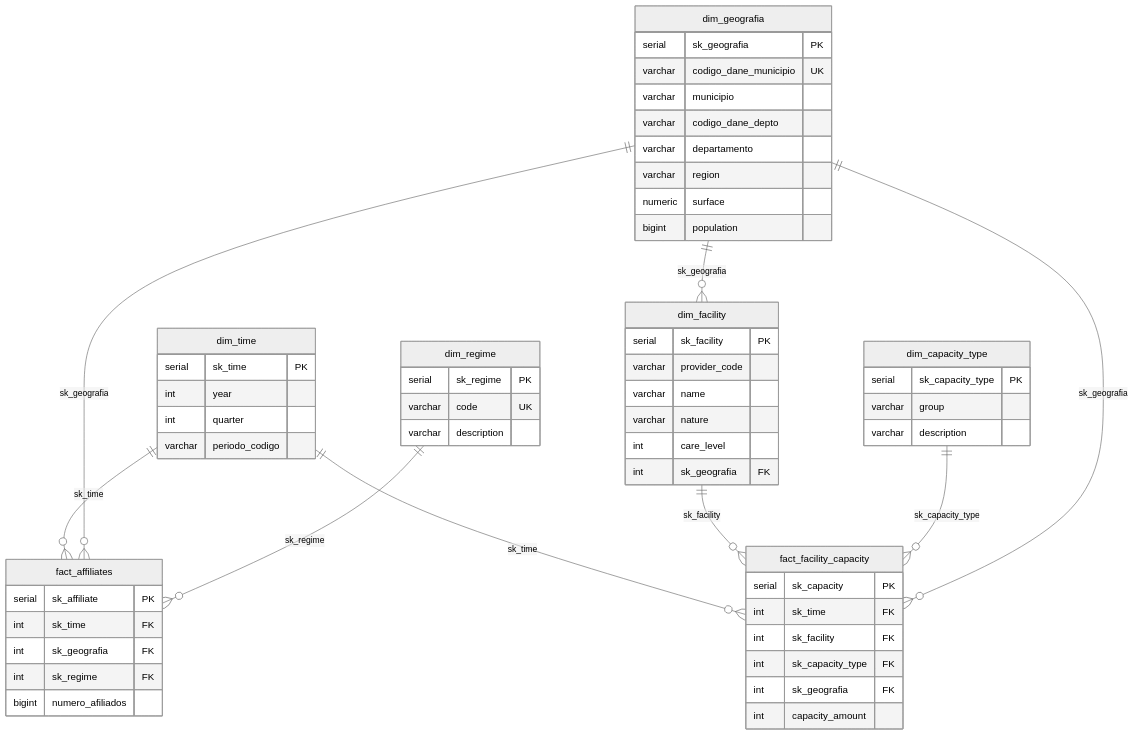
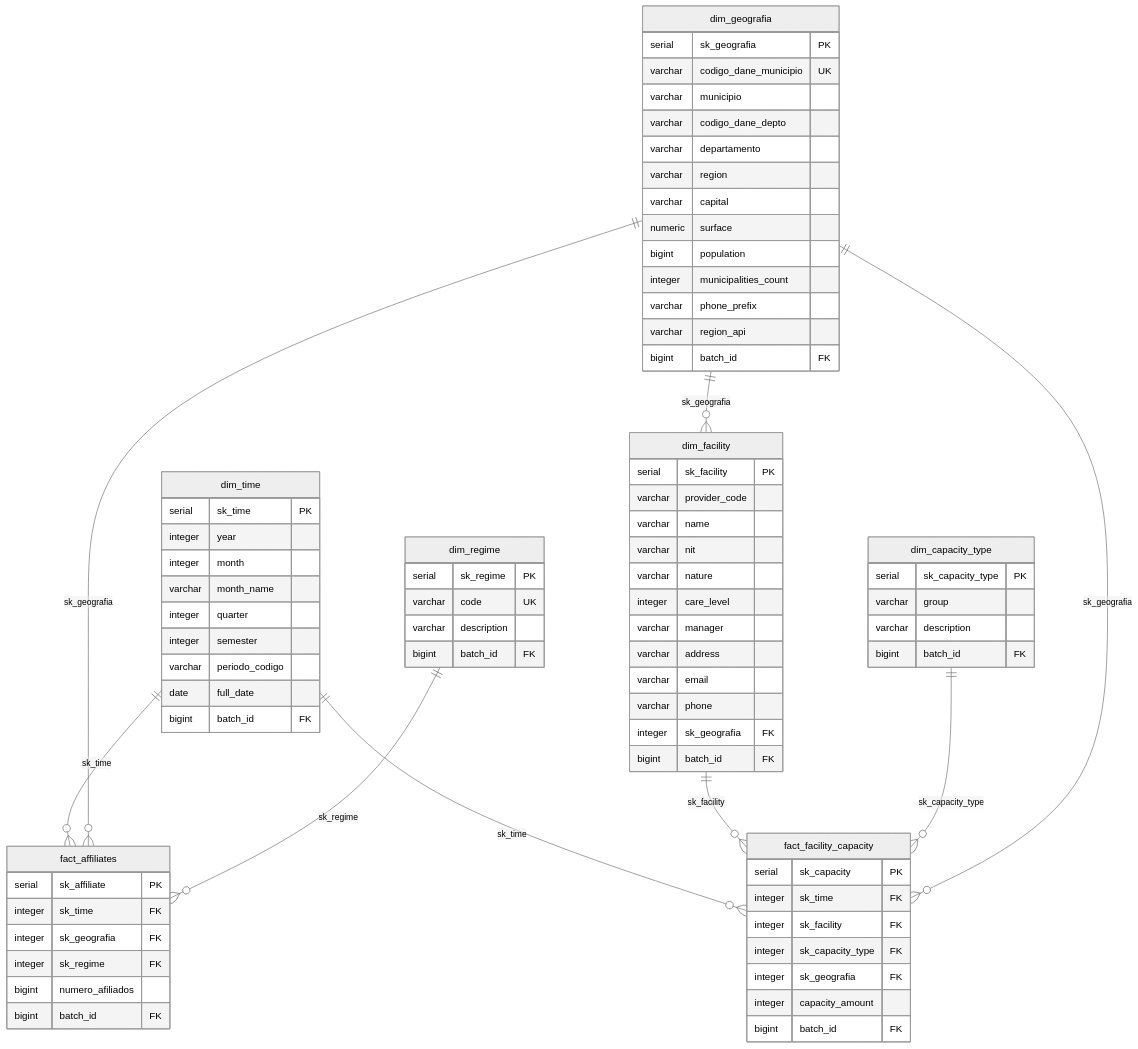
Before and after one commit to driosoft-pro/etl-2026-2-ods3-salud-api-gx-airflow: the second of 3 diagrams in README_ES.md, drawn with Mermaid (neutral theme). The commit also changed other lines of this file and 1981 other files, not shown here.

````diff
--- a/README_ES.md
+++ b/README_ES.md
@@ -247,18 +249,26 @@
     dim_time ||--o{ fact_affiliates : "sk_time"
     dim_geografia ||--o{ fact_affiliates : "sk_geografia"
     dim_regime ||--o{ fact_affiliates : "sk_regime"
+
     dim_time ||--o{ fact_facility_capacity : "sk_time"
     dim_facility ||--o{ fact_facility_capacity : "sk_facility"
     dim_capacity_type ||--o{ fact_facility_capacity : "sk_capacity_type"
     dim_geografia ||--o{ fact_facility_capacity : "sk_geografia"
+
     dim_geografia ||--o{ dim_facility : "sk_geografia"
 
     dim_time {
         serial sk_time PK
-        int year
-        int quarter
+        integer year
+        integer month
+        varchar month_name
+        integer quarter
+        integer semester
         varchar periodo_codigo
+        date full_date
+        bigint batch_id FK
     }
+
     dim_geografia {
         serial sk_geografia PK
         varchar codigo_dane_municipio UK
@@ -266,40 +276,60 @@
         varchar codigo_dane_depto
         varchar departamento
         varchar region
+        varchar capital
         numeric surface
         bigint population
+        integer municipalities_count
+        varchar phone_prefix
+        varchar region_api
+        bigint batch_id FK
     }
+
     dim_regime {
         serial sk_regime PK
         varchar code UK
         varchar description
+        bigint batch_id FK
     }
+
     dim_facility {
         serial sk_facility PK
         varchar provider_code
         varchar name
+        varchar nit
         varchar nature
-        int care_level
-        int sk_geografia FK
+        integer care_level
+        varchar manager
+        varchar address
+        varchar email
+        varchar phone
+        integer sk_geografia FK
+        bigint batch_id FK
     }
+
     dim_capacity_type {
         serial sk_capacity_type PK
         varchar group
         varchar description
+        bigint batch_id FK
     }
+
     fact_affiliates {
         serial sk_affiliate PK
-        int sk_time FK
-        int sk_geografia FK
-        int sk_regime FK
+        integer sk_time FK
+        integer sk_geografia FK
+        integer sk_regime FK
         bigint numero_afiliados
+        bigint batch_id FK
     }
+
     fact_facility_capacity {
         serial sk_capacity PK
-        int sk_time FK
-        int sk_facility FK
-        int sk_capacity_type FK
-        int sk_geografia FK
-        int capacity_amount
+        integer sk_time FK
+        integer sk_facility FK
+        integer sk_capacity_type FK
+        integer sk_geografia FK
+        integer capacity_amount
+        bigint batch_id FK
     }
 ```
````
